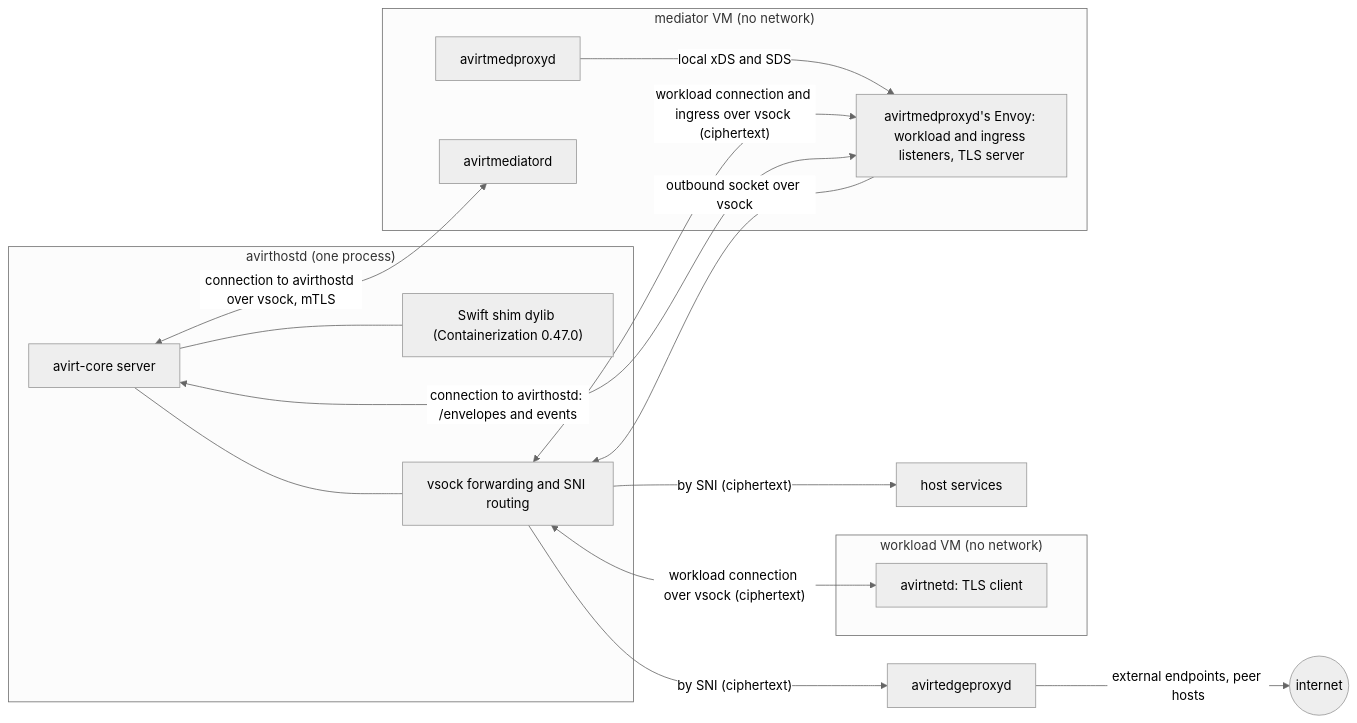
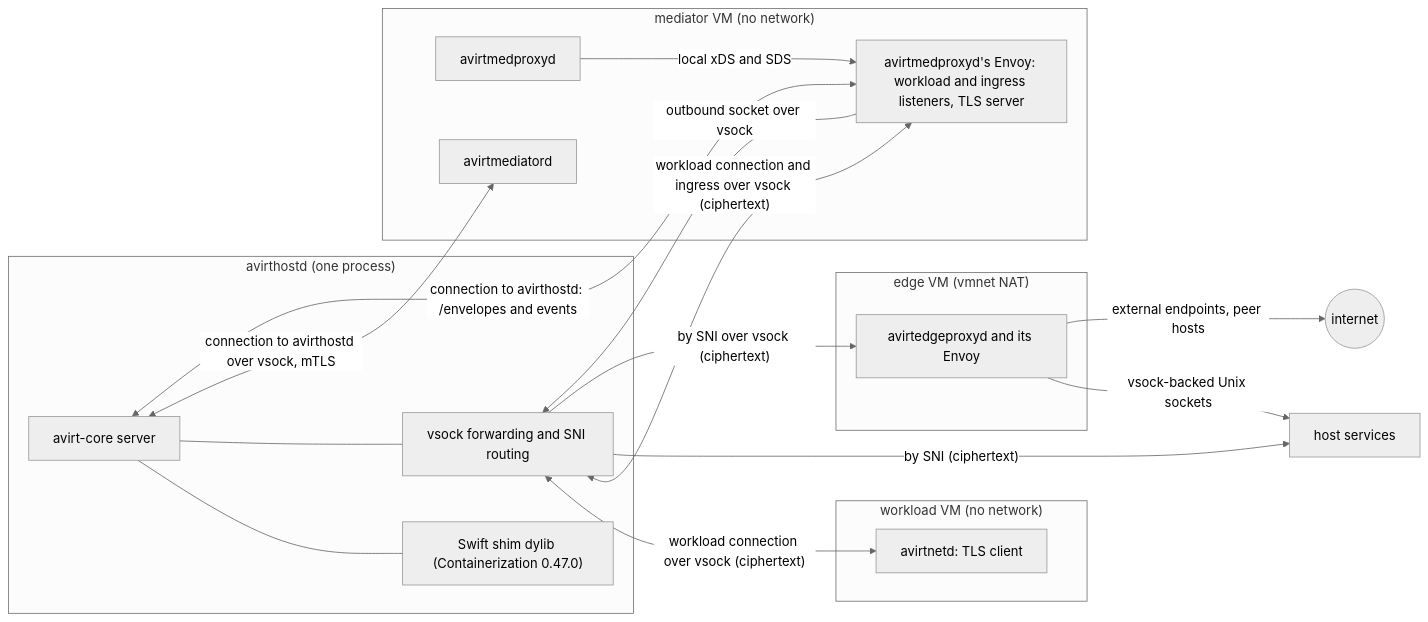
Before and after one commit to tbhb-dev/avirt: the first of 2 diagrams in docs/compute-runtimes.md, drawn with Mermaid (neutral theme). The commit also changed other lines of this file and 23 other files, not shown here.

First line of the commit message:
docs: run the edge proxy in an edge VM with Linux-only Envoy

````diff
--- a/docs/compute-runtimes.md
+++ b/docs/compute-runtimes.md
@@ -113,29 +114,32 @@
 ```mermaid
 flowchart LR
     subgraph hostd["avirthostd (one process)"]
         core["avirt-core server"]
         shim["Swift shim dylib (Containerization 0.47.0)"]
         fwd["vsock forwarding and SNI routing"]
         core --- shim
         core --- fwd
     end
     subgraph wvm["workload VM (no network)"]
         net["avirtnetd: TLS client"]
     end
     subgraph svm["mediator VM (no network)"]
         me["avirtmedproxyd's Envoy: workload and ingress listeners, TLS server"]
         mp["avirtmedproxyd"]
         med["avirtmediatord"]
         mp -->|"local xDS and SDS"| me
     end
     hs["host services"]
-    fd["avirtedgeproxyd"]
+    subgraph evm["edge VM (vmnet NAT)"]
+        fd["avirtedgeproxyd and its Envoy"]
+    end
     fwd <-->|"workload connection over vsock (ciphertext)"| net
     fwd <-->|"workload connection and ingress over vsock (ciphertext)"| me
     core <-->|"connection to avirthostd over vsock, mTLS"| med
     core <-->|"connection to avirthostd: /envelopes and events"| me
     me -->|"outbound socket over vsock"| fwd
     fwd -->|"by SNI (ciphertext)"| hs
-    fwd -->|"by SNI (ciphertext)"| fd
+    fwd -->|"by SNI over vsock (ciphertext)"| fd
+    fd -->|"vsock-backed Unix sockets"| hs
     fd -->|"external endpoints, peer hosts"| net2(("internet"))
 ```
````
